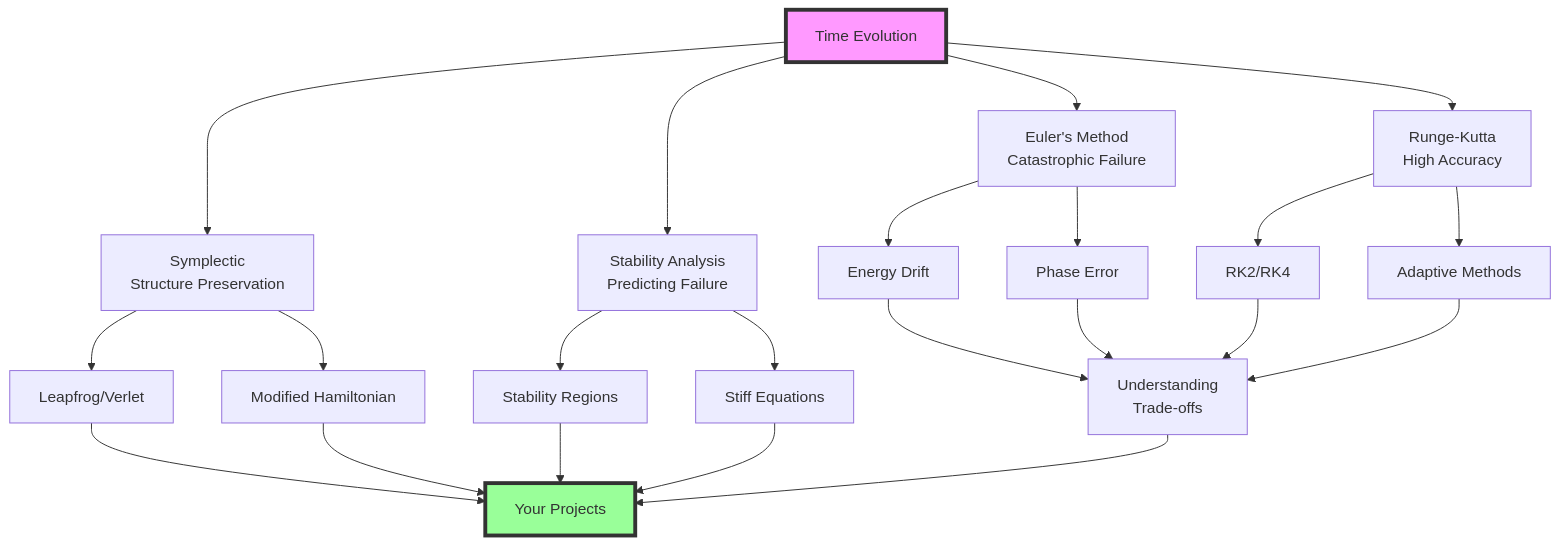
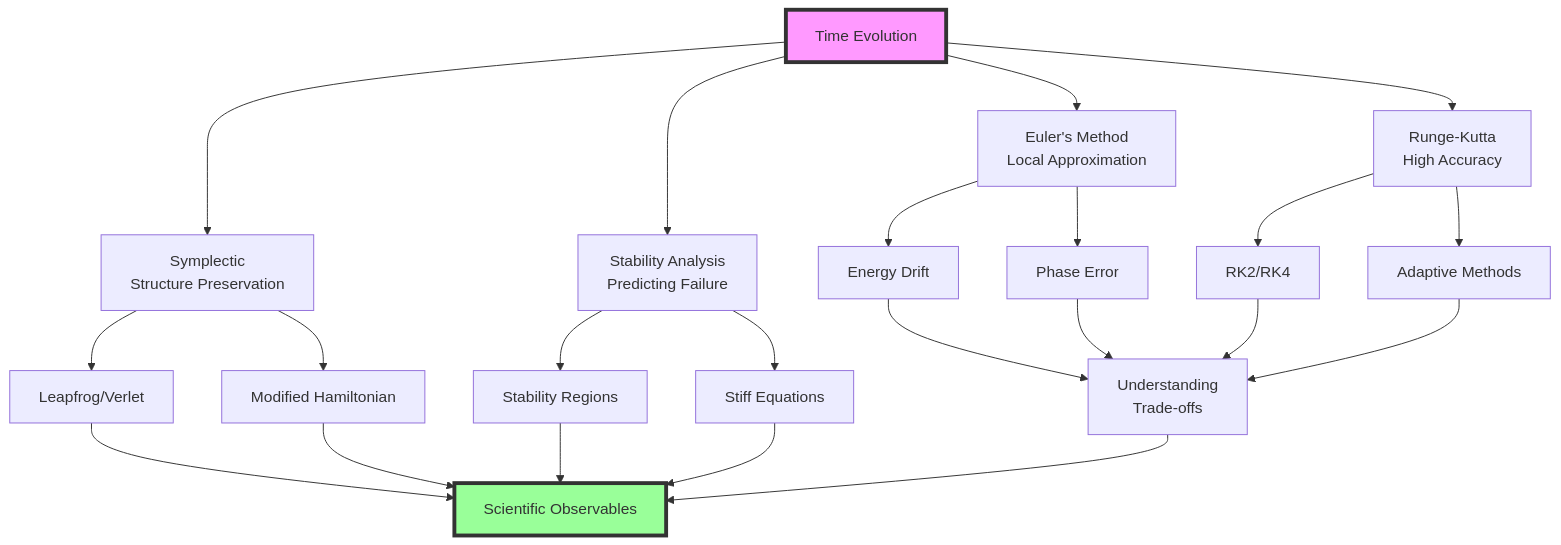
One commit to astrobytes-edu/comp521 changed the diagram in 05-numerical-methods/03-odes/05-mod3-synthesis.md. Above: the diagram before and after it, drawn with Mermaid. The commit also changed other lines of this file and 62 other files, not shown here.

````diff
--- a/05-numerical-methods/03-odes/05-mod3-synthesis.md
+++ b/05-numerical-methods/03-odes/05-mod3-synthesis.md
@@ -21,26 +24,26 @@
 ```mermaid
 graph TD
-    A[Time Evolution] --> B[Euler's Method<br/>Catastrophic Failure]
+    A[Time Evolution] --> B[Euler's Method<br/>Local Approximation]
     A --> C[Runge-Kutta<br/>High Accuracy]
     A --> D[Symplectic<br/>Structure Preservation]
     A --> E[Stability Analysis<br/>Predicting Failure]
     B --> F[Energy Drift]
     B --> G[Phase Error]
     C --> H[RK2/RK4]
     C --> I[Adaptive Methods]
     D --> J[Leapfrog/Verlet]
     D --> K[Modified Hamiltonian]
     E --> L[Stability Regions]
     E --> M[Stiff Equations]
     F --> N[Understanding<br/>Trade-offs]
     G --> N
     H --> N
     I --> N
-    J --> O[Your Projects]
+    J --> O[Scientific Observables]
     K --> O
     L --> O
     M --> O
     N --> O
     style A fill:#f9f,stroke:#333,stroke-width:4px
     style O fill:#9f9,stroke:#333,stroke-width:4px
 ```
````
